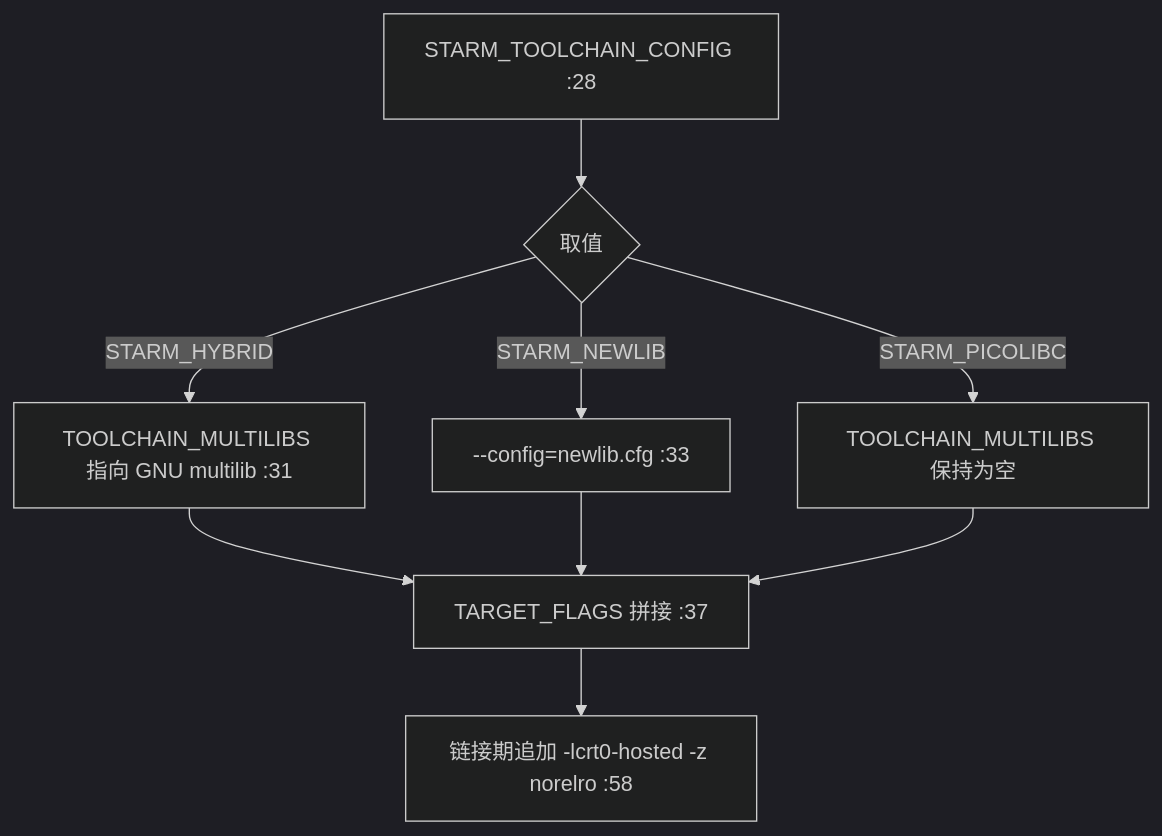
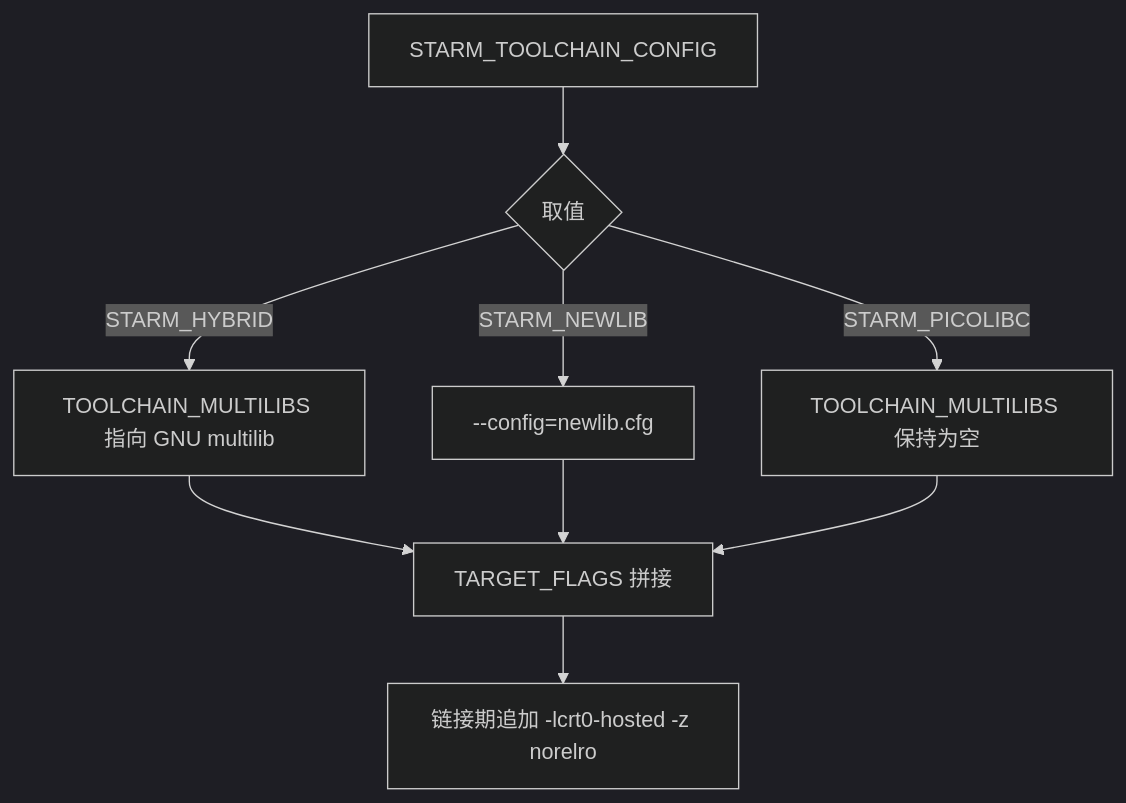
One commit to TC635807/TC63PersonalWebsite changed the second of 2 diagrams in docs/10-嵌入式构建与调试/01-CMake与双交叉工具链/02-交叉编译工具链与编译选项.md. Above: the diagram before and after it, drawn with Mermaid (dark theme). The commit also changed other lines of this file and 563 other files, not shown here.

````diff
--- a/docs/10-嵌入式构建与调试/01-CMake与双交叉工具链/02-交叉编译工具链与编译选项.md
+++ b/docs/10-嵌入式构建与调试/01-CMake与双交叉工具链/02-交叉编译工具链与编译选项.md
@@ -74,11 +74,11 @@
 ```mermaid
 flowchart TD
-  A["STARM_TOOLCHAIN_CONFIG :28"] --> B{"取值"}
-  B -->|STARM_HYBRID| C["TOOLCHAIN_MULTILIBS 指向 GNU multilib :31"]
-  B -->|STARM_NEWLIB| D["--config=newlib.cfg :33"]
+  A["STARM_TOOLCHAIN_CONFIG "] --> B{"取值"}
+  B -->|STARM_HYBRID| C["TOOLCHAIN_MULTILIBS 指向 GNU multilib "]
+  B -->|STARM_NEWLIB| D["--config=newlib.cfg "]
   B -->|STARM_PICOLIBC| E["TOOLCHAIN_MULTILIBS 保持为空"]
-  C --> F["TARGET_FLAGS 拼接 :37"]
+  C --> F["TARGET_FLAGS 拼接 "]
   D --> F
   E --> F
-  F --> G["链接期追加 -lcrt0-hosted -z norelro :58"]
+  F --> G["链接期追加 -lcrt0-hosted -z norelro "]
 ```
````
